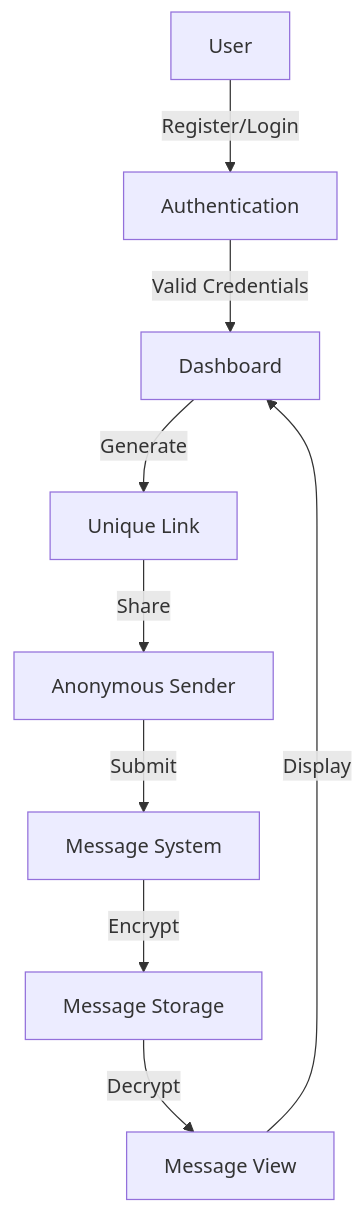
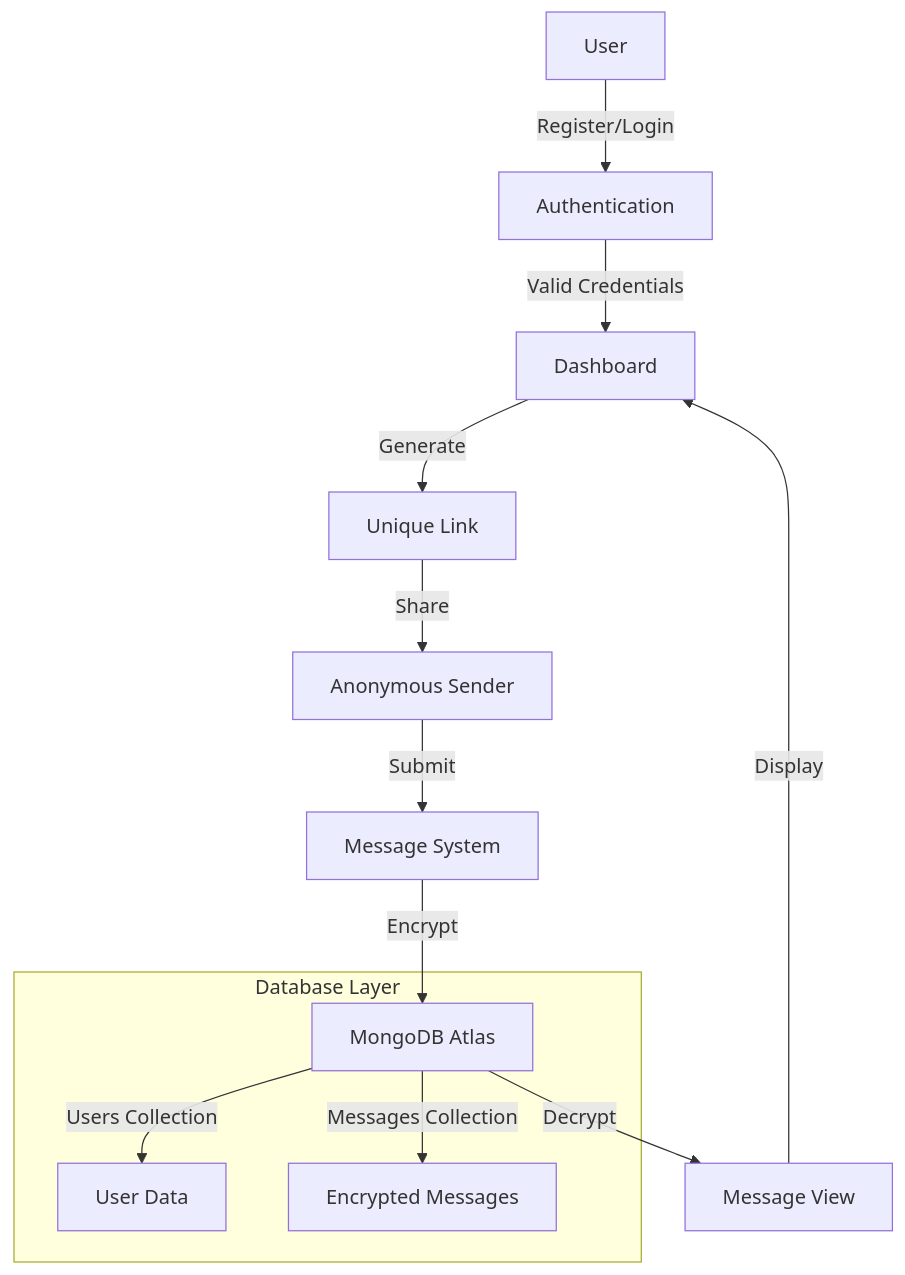
Before and after one commit to parvej-mosaraf/anonymous-messages: the first of 2 diagrams in README.md, drawn with Mermaid. The commit also changed other lines of this file, not shown here.

Commit message:
With Proper MongoDB

````diff
--- a/README.md
+++ b/README.md
@@ -29,11 +30,16 @@
 ```mermaid
 graph TD
     A[User] -->|Register/Login| B[Authentication]
     B -->|Valid Credentials| C[Dashboard]
     C -->|Generate| D[Unique Link]
     D -->|Share| E[Anonymous Sender]
     E -->|Submit| F[Message System]
-    F -->|Encrypt| G[Message Storage]
+    F -->|Encrypt| G[MongoDB Atlas]
     G -->|Decrypt| H[Message View]
     H -->|Display| C
+
+    subgraph "Database Layer"
+        G -->|Users Collection| I[User Data]
+        G -->|Messages Collection| J[Encrypted Messages]
+    end
 ```
````
